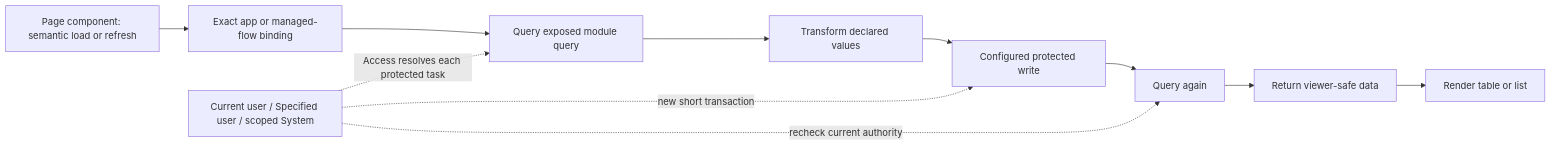
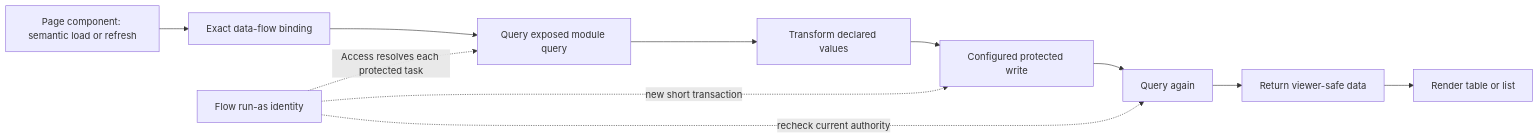
One commit to Abzum-NZ/Abzum-Vortex changed the third of 4 diagrams in docs/specification/appendices/frontend-rule-designer.md. Above: the diagram before and after it, drawn with Mermaid. The commit also changed other lines of this file and 1 other file, not shown here.

First line of the commit message:
Review #977: align the flow language with the architecture decisions

````diff
--- a/docs/specification/appendices/frontend-rule-designer.md
+++ b/docs/specification/appendices/frontend-rule-designer.md
@@ -161,13 +211,13 @@
 ```mermaid
 flowchart LR
-    COMPONENT[Page component: semantic load or refresh] --> BIND[Exact app or managed-flow binding]
+    COMPONENT[Page component: semantic load or refresh] --> BIND[Exact data-flow binding]
     BIND --> QUERY[Query exposed module query]
     QUERY --> TRANSFORM[Transform declared values]
     TRANSFORM --> WRITE[Configured protected write]
     WRITE --> READ[Query again]
     READ --> RETURN[Return viewer-safe data]
     RETURN --> TABLE[Render table or list]
-    ACTOR[Current user / Specified user / scoped System] -. Access resolves each protected task .-> QUERY
+    ACTOR[Flow run-as identity] -. Access resolves each protected task .-> QUERY
     ACTOR -. new short transaction .-> WRITE
     ACTOR -. recheck current authority .-> READ
 ```
````
